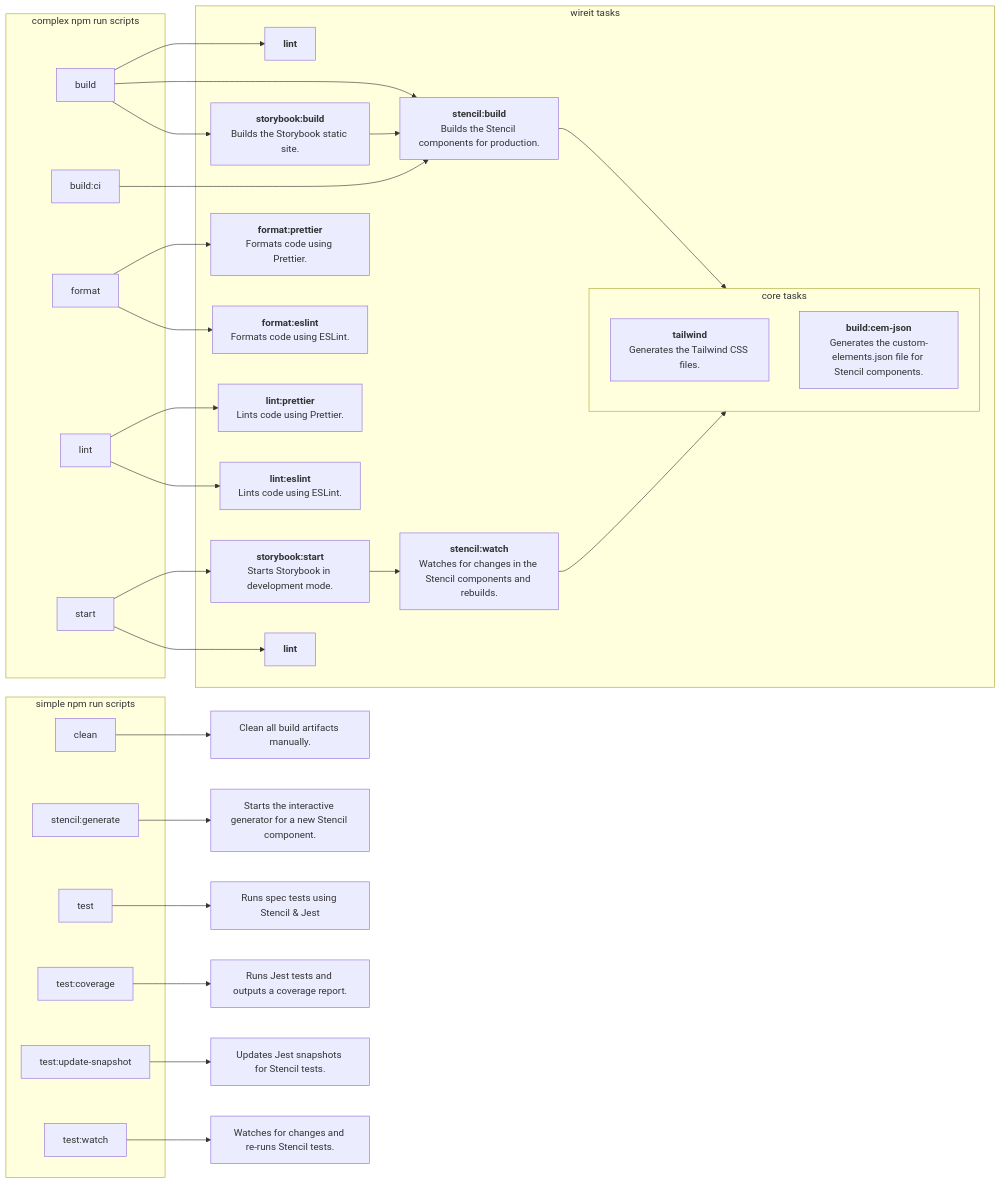
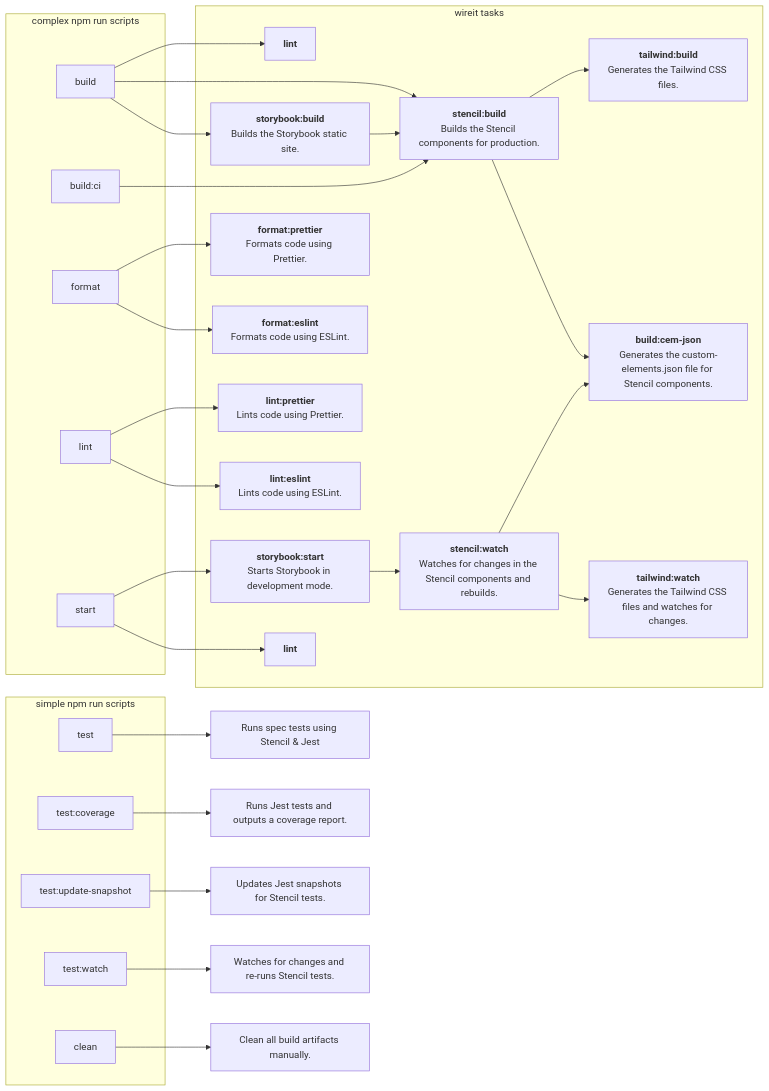
The diagram in docs/build-scripts.md (trimble-oss/modus-wc-2.0), drawn with Mermaid before and after one commit. The commit also changed 1 other file, not shown here.

Commit message:
Enables hotloading for tailwind CSS

```diff
--- a/docs/build-scripts.md
+++ b/docs/build-scripts.md
@@ -17,22 +17,23 @@
     build --> stencil_build
     build --> storybook_build
     build:ci --> stencil_build
-    stencil_build --> core_tasks
+    stencil_build --> tailwind_build
+    stencil_build --> build_cem_json
     storybook_build --> stencil_build
     storybook_start --> stencil_watch
-    stencil_watch --> core_tasks
+    stencil_watch --> build_cem_json
+    stencil_watch --> tailwind_w
     format --> format_prettier
     format --> format_eslint
     lint --> lint_prettier
     lint --> lint_eslint
     start --> storybook_start
     start --> lint_2
-    clean --> desc0["Clean all build artifacts manually."]
-    stencil:generate --> desc1["Starts the interactive generator for a new Stencil component."]
-    test --> desc2["Runs spec tests using Stencil & Jest"]
-    test:coverage --> desc3["Runs Jest tests and outputs a coverage report."]
-    test:update-snapshot --> desc4["Updates Jest snapshots for Stencil tests."]
-    test:watch --> desc5["Watches for changes and re-runs Stencil tests."]
+    test --> desc1["Runs spec tests using Stencil & Jest"]
+    test:coverage --> desc2["Runs Jest tests and outputs a coverage report."]
+    test:update-snapshot --> desc3["Updates Jest snapshots for Stencil tests."]
+    test:watch --> desc4["Watches for changes and re-runs Stencil tests."]
+    clean --> desc5["Clean all build artifacts manually."]
 
     subgraph complex npm run scripts
         build
@@ -43,12 +44,6 @@
     end
 
     subgraph wireit tasks
-
-        subgraph core_tasks["core tasks"]
-            tailwind
-            build_cem_json
-        end
-
         lint_1["`
             **lint**
         `"]
@@ -75,9 +70,13 @@
             **storybook:start**
             Starts Storybook in development mode.
         `"]
-        tailwind["`
-            **tailwind**
+        tailwind_build["`
+            **tailwind:build**
             Generates the Tailwind CSS files.
+        `"]
+        tailwind_w["`
+            **tailwind:watch**
+            Generates the Tailwind CSS files and watches for changes.
         `"]
         format_prettier["`
             **format:prettier**
@@ -99,7 +98,6 @@
 
     subgraph simple npm run scripts
         clean
-        stencil:generate
         test
         test:coverage
         test:update-snapshot
```
